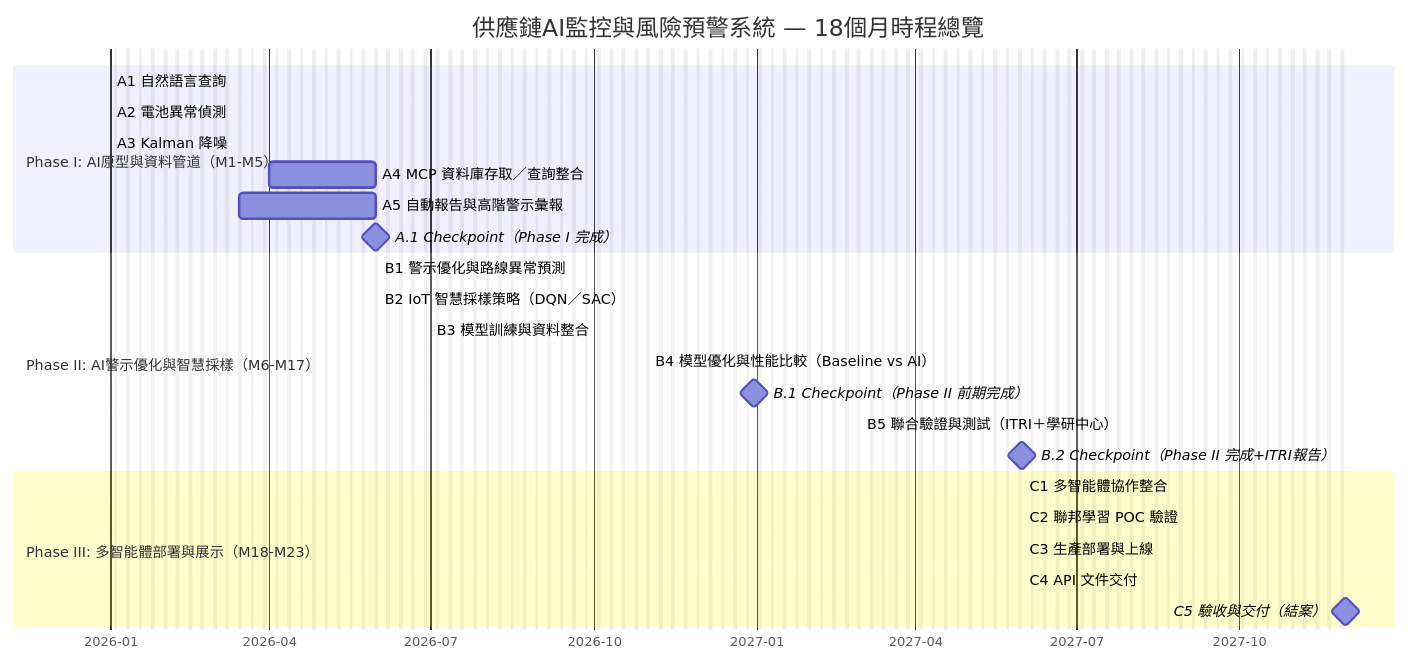
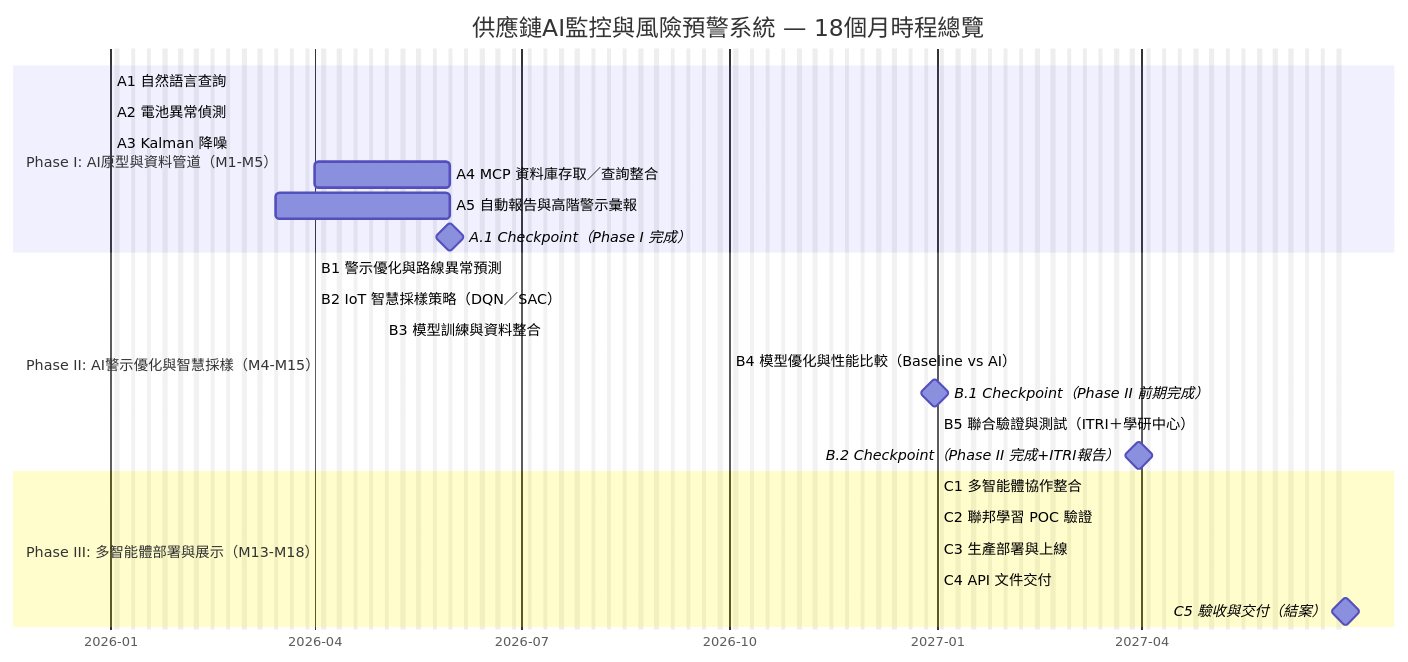
The first of 2 diagrams in proposal/AI應用躍昇計畫-計畫書-提交版.md (jshuo/ai-moea-proposal), drawn with Mermaid before and after one commit. The commit also changed other lines of this file, not shown here.

Commit message:
timelines change

````diff
--- a/proposal/AI應用躍昇計畫-計畫書-提交版.md
+++ b/proposal/AI應用躍昇計畫-計畫書-提交版.md
@@ -434,42 +435,42 @@
 ```mermaid
 gantt
     title 供應鏈AI監控與風險預警系統 — 18個月時程總覽
     dateFormat  YYYY-MM-DD
     axisFormat  %Y-%m
     excludes    weekends
 
     %% -------------------------
     %% Phase I: 2026-01-01 ~ 2026-05-31 (5m, M1-M5)
     %% -------------------------
     section Phase I: AI原型與資料管道（M1-M5）
     A1 自然語言查詢                       :a1, 2026-01-01, 3.5m
     A2 電池異常偵測                       :a2, 2026-01-01, 3.5m
     A3 Kalman 降噪                        :a3, 2026-01-01, 3.0m
     A4 MCP 資料庫存取／查詢整合            :a4, 2026-04-01, 2026-05-31
     A5 自動報告與高階警示彙報             :a5, 2026-03-15, 2026-05-31
     A.1 Checkpoint（Phase I 完成）        :milestone, a_cp, 2026-05-31, 0d
 
     %% -------------------------
-    %% Phase II: 2026-06-01 ~ 2027-05-31 (12m, M6-M17)
-    %% 註：2026/04-05 為重疊準備期
+    %% Phase II: 2026-04-01 ~ 2027-03-31 (12m, M4-M15)
+    %% 註：2026/04-05 為與Phase I重疊準備期
     %% -------------------------
-    section Phase II: AI警示優化與智慧採樣（M6-M17）
-    B1 警示優化與路線異常預測                       :b1, 2026-06-01, 6m
-    B2 IoT 智慧採樣策略（DQN／SAC）                 :b2, 2026-06-01, 8m
-    B3 模型訓練與資料整合                          :b3, 2026-07-01, 7m
-    B4 模型優化與性能比較（Baseline vs AI）          :b4, 2026-11-01, 4m
+    section Phase II: AI警示優化與智慧採樣（M4-M15）
+    B1 警示優化與路線異常預測                       :b1, 2026-04-01, 6m
+    B2 IoT 智慧採樣策略（DQN／SAC）                 :b2, 2026-04-01, 8m
+    B3 模型訓練與資料整合                          :b3, 2026-05-01, 7m
+    B4 模型優化與性能比較（Baseline vs AI）          :b4, 2026-10-01, 4m
     B.1 Checkpoint（Phase II 前期完成）             :milestone, b1_cp, 2026-12-31, 0d
-    B5 聯合驗證與測試（ITRI＋學研中心）             :b5, 2027-03-01, 3m
-    B.2 Checkpoint（Phase II 完成+ITRI報告）        :milestone, b2_cp, 2027-05-31, 0d
+    B5 聯合驗證與測試（ITRI＋學研中心）             :b5, 2027-01-01, 3m
+    B.2 Checkpoint（Phase II 完成+ITRI報告）        :milestone, b2_cp, 2027-03-31, 0d
 
-   %% -------------------------
-   %% Phase III: 2027-06-01 ~ 2027-11-30 (6m, M18-M23)
-   %% -------------------------
-   section Phase III: 多智能體部署與展示（M18-M23）
-   C1 多智能體協作整合                             :c1, 2027-06-01, 6m
-   C2 聯邦學習 POC 驗證                             :c2, 2027-06-01, 6m
-   C3 生產部署與上線                               :c3, 2027-06-01, 6m
-   C4 API 文件交付                                  :c4, 2027-06-01, 6m
-   C5 驗收與交付（結案）                            :milestone, c5, 2027-11-30, 0d
+    %% -------------------------
+    %% Phase III: 2027-01-01 ~ 2027-06-30 (6m, M13-M18)
+    %% -------------------------
+    section Phase III: 多智能體部署與展示（M13-M18）
+    C1 多智能體協作整合                             :c1, 2027-01-01, 6m
+    C2 聯邦學習 POC 驗證                             :c2, 2027-01-01, 6m
+    C3 生產部署與上線                               :c3, 2027-01-01, 6m
+    C4 API 文件交付                                  :c4, 2027-01-01, 6m
+    C5 驗收與交付（結案）                            :milestone, c5, 2027-06-30, 0d
 
 ```
````
